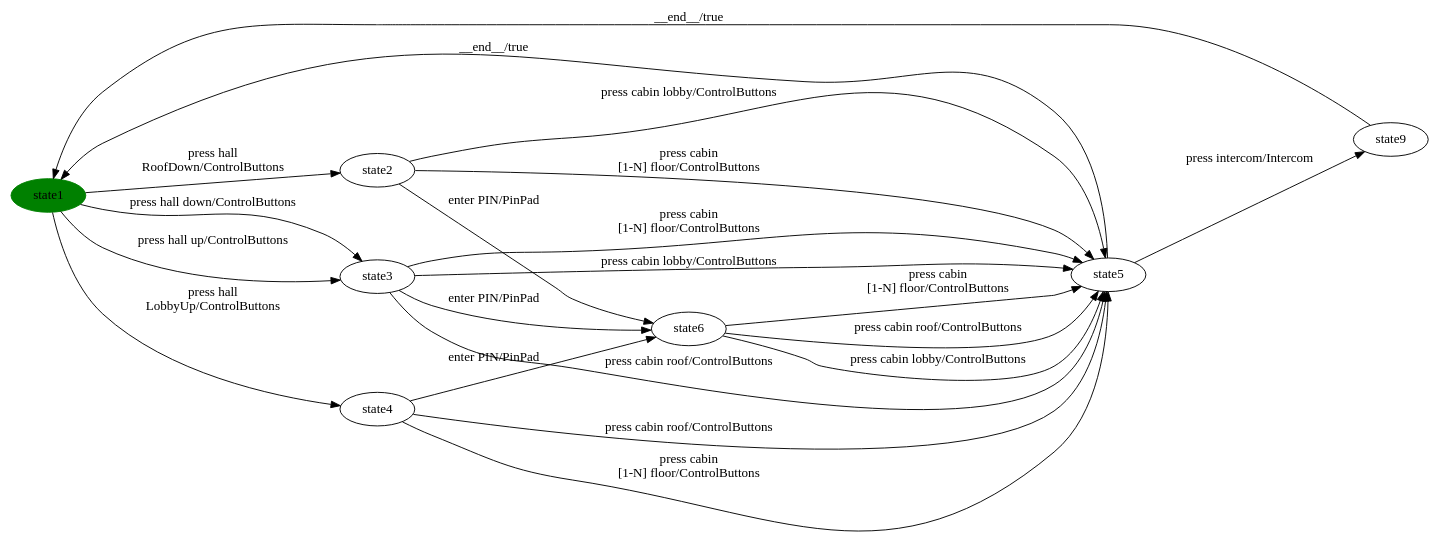
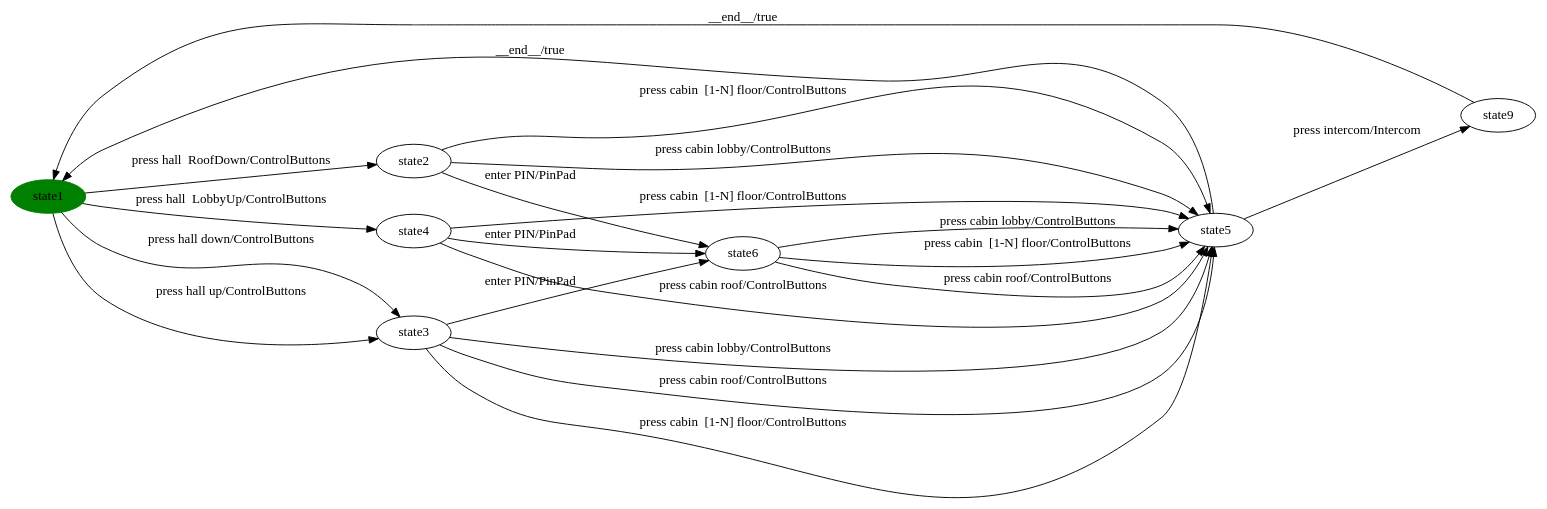
Before and after one commit to dilekozturk93/vibes: the diagram in milestone-reports/full-pipeline-walkthrough/Elevator/Elevator-step3-strongly-connected.dot, drawn with Graphviz. The commit also changed 36 other files, not shown here.

```diff
--- a/milestone-reports/full-pipeline-walkthrough/Elevator/Elevator-step3-strongly-connected.dot
+++ b/milestone-reports/full-pipeline-walkthrough/Elevator/Elevator-step3-strongly-connected.dot
@@ -1,36 +1,30 @@
 digraph G {
 rankdir=LR;
 state0[ label = "state1", style=filled, color=green ];
 state1 [ label = "state9" ];
+state2 [ label = "state6" ];
+state3 [ label = "state5" ];
+state4 [ label = "state2" ];
+state5 [ label = "state4" ];
+state6 [ label = "state3" ];
+state2 -> state3 [ label=" press cabin lobby/ControlButtons " ];
+state2 -> state3 [ label=" press cabin  [1-N] floor/ControlButtons " ];
 state1 -> state0 [ label=" __end__/true " ];
-state2 [ label = "state6" ];
-state2 -> state3 [ label=" press cabin lobby/ControlButtons " ];
-state2 -> state3 [ label=" press cabin 
-[1-N] floor/ControlButtons " ];
+state0 -> state4 [ label=" press hall  RoofDown/ControlButtons " ];
+state6 -> state2 [ label=" enter PIN/PinPad " ];
+state3 -> state1 [ label=" press intercom/Intercom " ];
+state0 -> state6 [ label=" press hall up/ControlButtons " ];
+state5 -> state3 [ label=" press cabin roof/ControlButtons " ];
+state4 -> state3 [ label=" press cabin  [1-N] floor/ControlButtons " ];
+state5 -> state3 [ label=" press cabin  [1-N] floor/ControlButtons " ];
 state2 -> state3 [ label=" press cabin roof/ControlButtons " ];
-state3 [ label = "state5" ];
-state3 -> state1 [ label=" press intercom/Intercom " ];
+state6 -> state3 [ label=" press cabin lobby/ControlButtons " ];
+state4 -> state2 [ label=" enter PIN/PinPad " ];
+state5 -> state2 [ label=" enter PIN/PinPad " ];
+state6 -> state3 [ label=" press cabin roof/ControlButtons " ];
+state0 -> state6 [ label=" press hall down/ControlButtons " ];
+state4 -> state3 [ label=" press cabin lobby/ControlButtons " ];
+state0 -> state5 [ label=" press hall  LobbyUp/ControlButtons " ];
+state6 -> state3 [ label=" press cabin  [1-N] floor/ControlButtons " ];
 state3 -> state0 [ label=" __end__/true " ];
-state4 [ label = "state2" ];
-state4 -> state2 [ label=" enter PIN/PinPad " ];
-state4 -> state3 [ label=" press cabin lobby/ControlButtons " ];
-state4 -> state3 [ label=" press cabin 
-[1-N] floor/ControlButtons " ];
-state0 -> state4 [ label=" press hall 
-RoofDown/ControlButtons " ];
-state0 -> state5 [ label=" press hall up/ControlButtons " ];
-state0 -> state5 [ label=" press hall down/ControlButtons " ];
-state0 -> state6 [ label=" press hall 
-LobbyUp/ControlButtons " ];
-state6 [ label = "state4" ];
-state6 -> state3 [ label=" press cabin roof/ControlButtons " ];
-state6 -> state3 [ label=" press cabin 
-[1-N] floor/ControlButtons " ];
-state6 -> state2 [ label=" enter PIN/PinPad " ];
-state5 [ label = "state3" ];
-state5 -> state3 [ label=" press cabin lobby/ControlButtons " ];
-state5 -> state3 [ label=" press cabin roof/ControlButtons " ];
-state5 -> state3 [ label=" press cabin 
-[1-N] floor/ControlButtons " ];
-state5 -> state2 [ label=" enter PIN/PinPad " ];
 }
```
